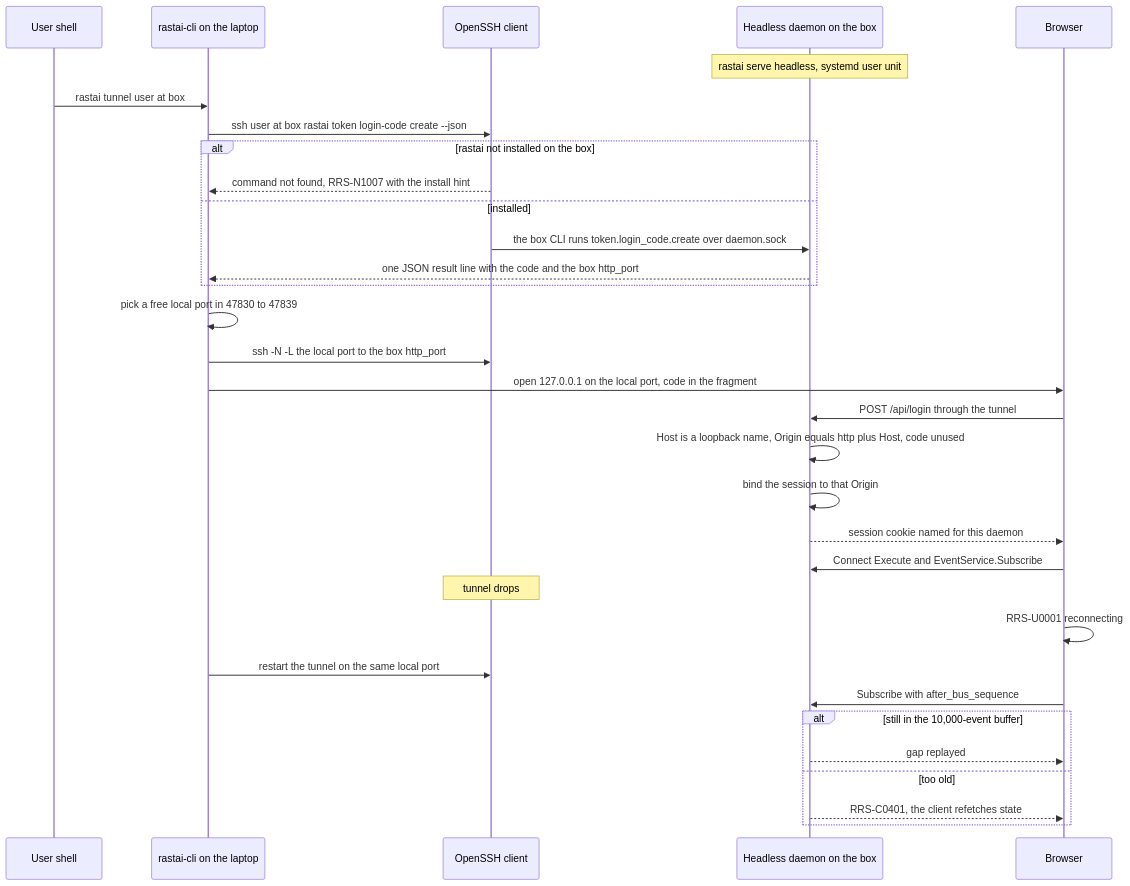
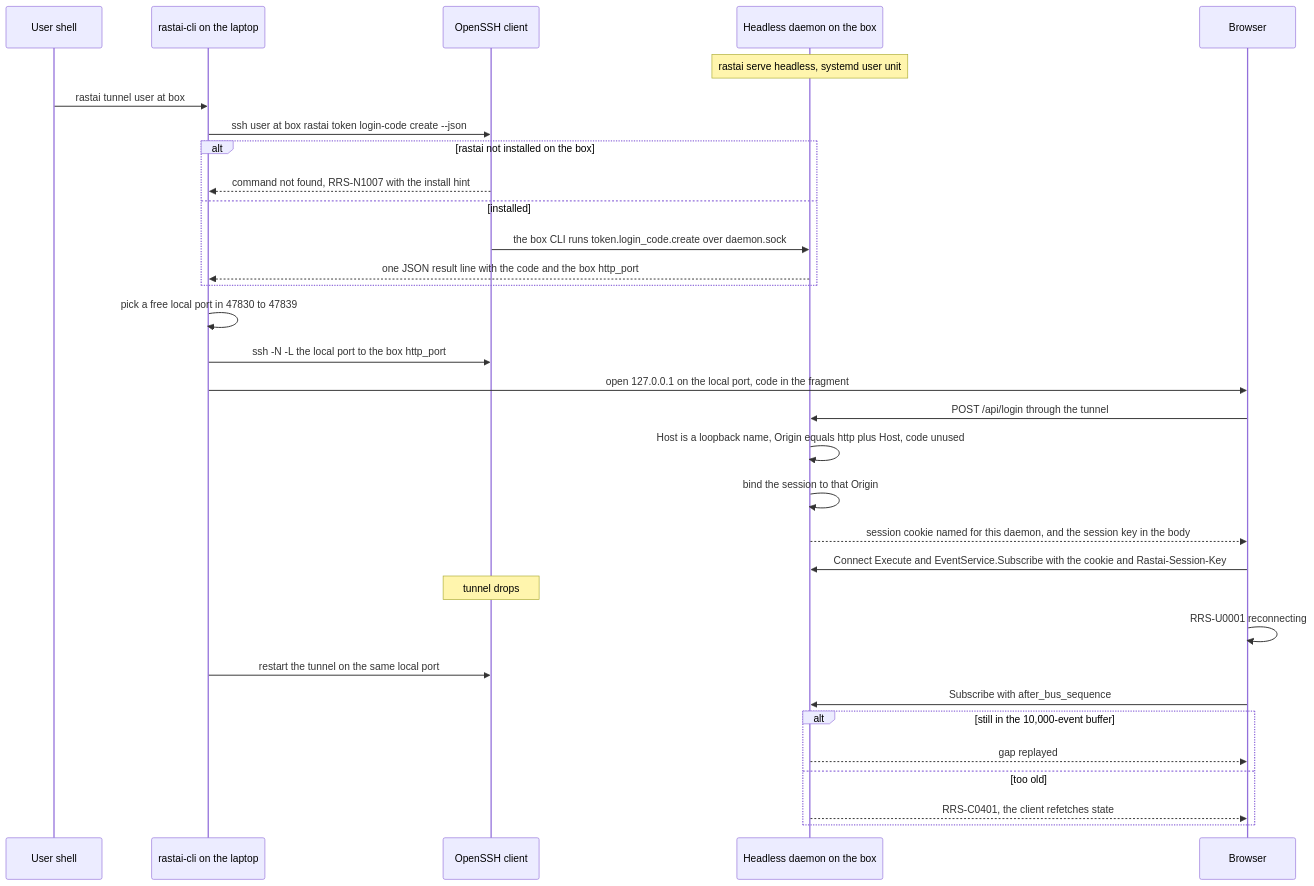
Diagram 31 of 32 in docs/architecture/flows/designer-gym-remote.md (Snubiss/RASTAI-Research-Studio), drawn with Mermaid before and after one commit. The commit also changed 5 other files, not shown here.

````diff
--- a/docs/architecture/flows/designer-gym-remote.md
+++ b/docs/architecture/flows/designer-gym-remote.md
@@ -1501,34 +1501,34 @@
 ```mermaid
 sequenceDiagram
   participant U as User shell
   participant CLI as rastai-cli on the laptop
   participant SSH as OpenSSH client
   participant HD as Headless daemon on the box
   participant BR as Browser
   Note over HD: rastai serve headless, systemd user unit
   U->>CLI: rastai tunnel user at box
   CLI->>SSH: ssh user at box rastai token login-code create --json
   alt rastai not installed on the box
     SSH-->>CLI: command not found, RRS-N1007 with the install hint
   else installed
     SSH->>HD: the box CLI runs token.login_code.create over daemon.sock
     HD-->>CLI: one JSON result line with the code and the box http_port
   end
   CLI->>CLI: pick a free local port in 47830 to 47839
   CLI->>SSH: ssh -N -L the local port to the box http_port
   CLI->>BR: open 127.0.0.1 on the local port, code in the fragment
   BR->>HD: POST /api/login through the tunnel
   HD->>HD: Host is a loopback name, Origin equals http plus Host, code unused
   HD->>HD: bind the session to that Origin
-  HD-->>BR: session cookie named for this daemon
-  BR->>HD: Connect Execute and EventService.Subscribe
+  HD-->>BR: session cookie named for this daemon, and the session key in the body
+  BR->>HD: Connect Execute and EventService.Subscribe with the cookie and Rastai-Session-Key
   Note over SSH: tunnel drops
   BR->>BR: RRS-U0001 reconnecting
   CLI->>SSH: restart the tunnel on the same local port
   BR->>HD: Subscribe with after_bus_sequence
   alt still in the 10,000-event buffer
     HD-->>BR: gap replayed
   else too old
     HD-->>BR: RRS-C0401, the client refetches state
   end
 ```
````
